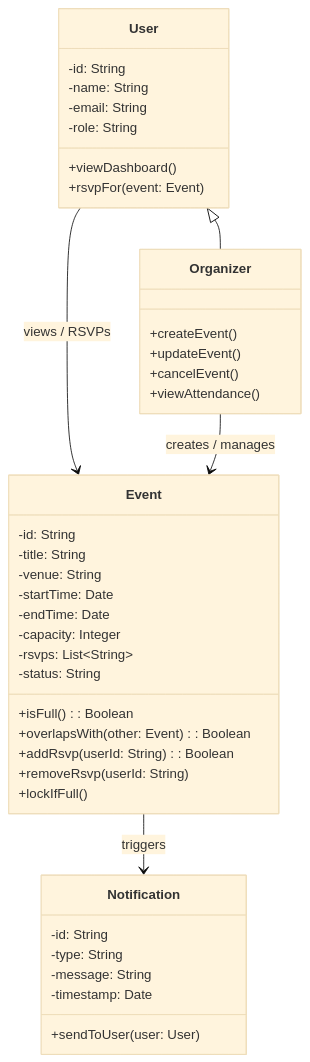
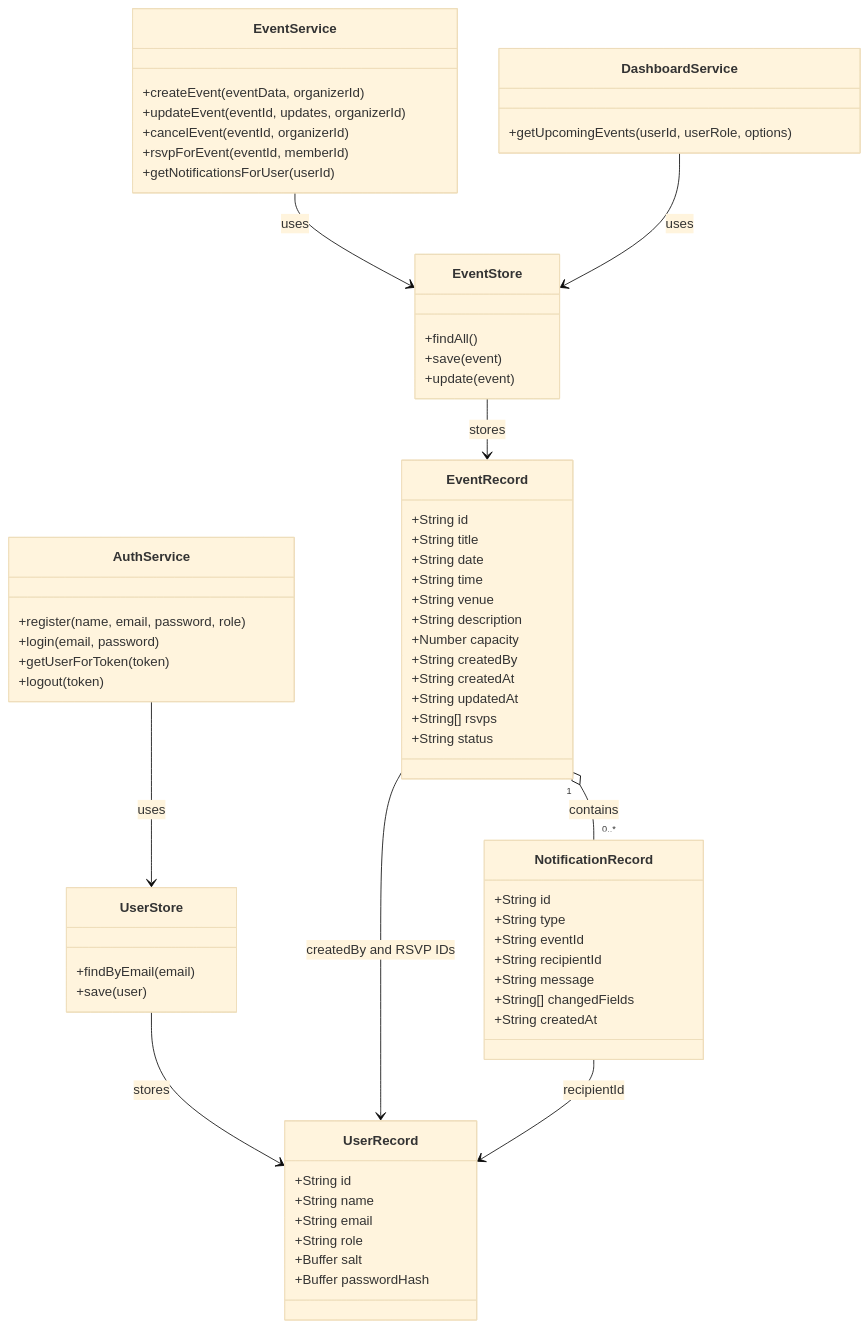
Before and after one commit to JMorency13/cen5064-project-morency: the third of 5 diagrams in README.md, drawn with Mermaid (base theme). The commit also changed other lines of this file and 11 other files, not shown here.

````diff
--- a/README.md
+++ b/README.md
@@ -99,47 +107,67 @@
 ```mermaid
 classDiagram
-    class User {
-        -id: String
-        -name: String
-        -email: String
-        -role: String
-        +viewDashboard()
-        +rsvpFor(event: Event)
+    class UserRecord {
+        +String id
+        +String name
+        +String email
+        +String role
+        +Buffer salt
+        +Buffer passwordHash
     }
-
-    class Organizer {
-        +createEvent()
-        +updateEvent()
-        +cancelEvent()
-        +viewAttendance()
+    class EventRecord {
+        +String id
+        +String title
+        +String date
+        +String time
+        +String venue
+        +String description
+        +Number capacity
+        +String createdBy
+        +String createdAt
+        +String updatedAt
+        +String[] rsvps
+        +String status
     }
-
-    class Event {
-        -id: String
-        -title: String
-        -venue: String
-        -startTime: Date
-        -endTime: Date
-        -capacity: Integer
-        -rsvps: List~String~
-        -status: String
-        +isFull(): Boolean
-        +overlapsWith(other: Event): Boolean
-        +addRsvp(userId: String): Boolean
-        +removeRsvp(userId: String)
-        +lockIfFull()
+    class NotificationRecord {
+        +String id
+        +String type
+        +String eventId
+        +String recipientId
+        +String message
+        +String[] changedFields
+        +String createdAt
     }
-
-    class Notification {
-        -id: String
-        -type: String
-        -message: String
-        -timestamp: Date
-        +sendToUser(user: User)
+    class AuthService {
+        +register(name, email, password, role)
+        +login(email, password)
+        +getUserForToken(token)
+        +logout(token)
     }
-
-    User <|-- Organizer
-    User --> Event : views / RSVPs
-    Organizer --> Event : creates / manages
-    Event --> Notification : triggers
+    class EventService {
+        +createEvent(eventData, organizerId)
+        +updateEvent(eventId, updates, organizerId)
+        +cancelEvent(eventId, organizerId)
+        +rsvpForEvent(eventId, memberId)
+        +getNotificationsForUser(userId)
+    }
+    class DashboardService {
+        +getUpcomingEvents(userId, userRole, options)
+    }
+    class UserStore {
+        +findByEmail(email)
+        +save(user)
+    }
+    class EventStore {
+        +findAll()
+        +save(event)
+        +update(event)
+    }
+    AuthService --> UserStore : uses
+    UserStore --> UserRecord : stores
+    EventService --> EventStore : uses
+    DashboardService --> EventStore : uses
+    EventStore --> EventRecord : stores
+    EventRecord "1" o-- "0..*" NotificationRecord : contains
+    EventRecord --> UserRecord : createdBy and RSVP IDs
+    NotificationRecord --> UserRecord : recipientId
 ```
````
